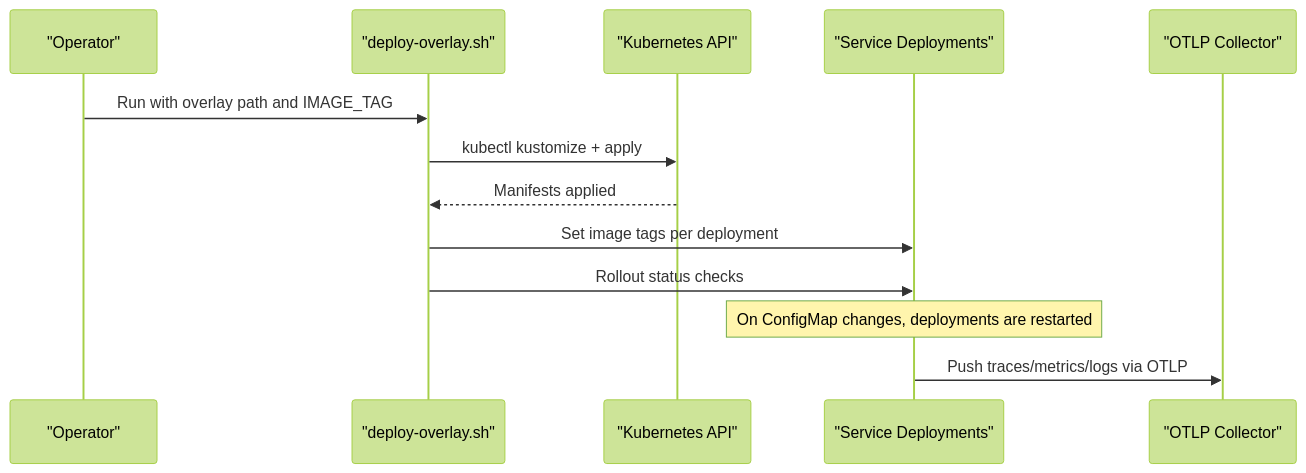
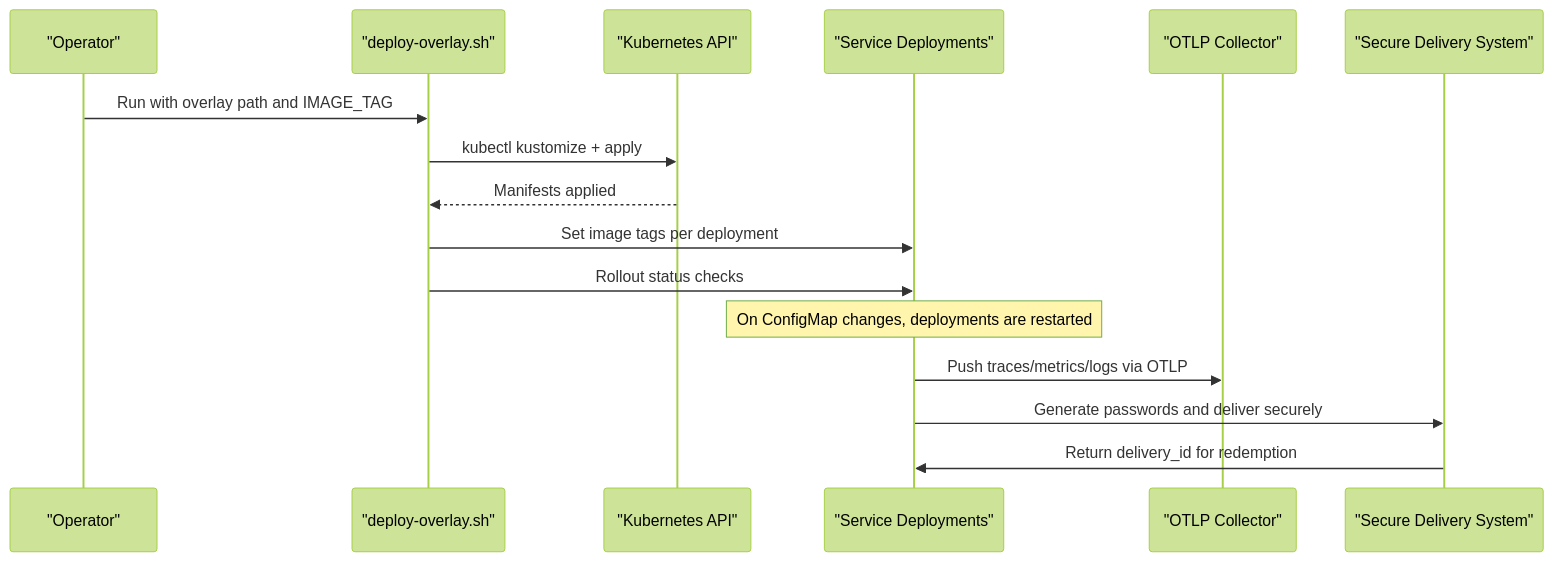
The second of 5 diagrams in .qoder/repowiki/en/content/Deployment and Operations/Deployment and Operations.md (metasync/luban-aiops), drawn with Mermaid (forest theme) before and after one commit. The commit also changed other lines of this file and 56 other files, not shown here.

````diff
--- a/.qoder/repowiki/en/content/Deployment and Operations/Deployment and Operations.md
+++ b/.qoder/repowiki/en/content/Deployment and Operations/Deployment and Operations.md
@@ -85,15 +97,18 @@
 ```mermaid
 sequenceDiagram
 participant Dev as "Operator"
 participant GitOps as "deploy-overlay.sh"
 participant K8s as "Kubernetes API"
 participant Apps as "Service Deployments"
 participant OTel as "OTLP Collector"
+participant Delivery as "Secure Delivery System"
 Dev->>GitOps : Run with overlay path and IMAGE_TAG
 GitOps->>K8s : kubectl kustomize + apply
 K8s-->>GitOps : Manifests applied
 GitOps->>Apps : Set image tags per deployment
 GitOps->>Apps : Rollout status checks
 Note over Apps : On ConfigMap changes, deployments are restarted
 Apps->>OTel : Push traces/metrics/logs via OTLP
+Apps->>Delivery : Generate passwords and deliver securely
+Delivery->>Apps : Return delivery_id for redemption
 ```
````
